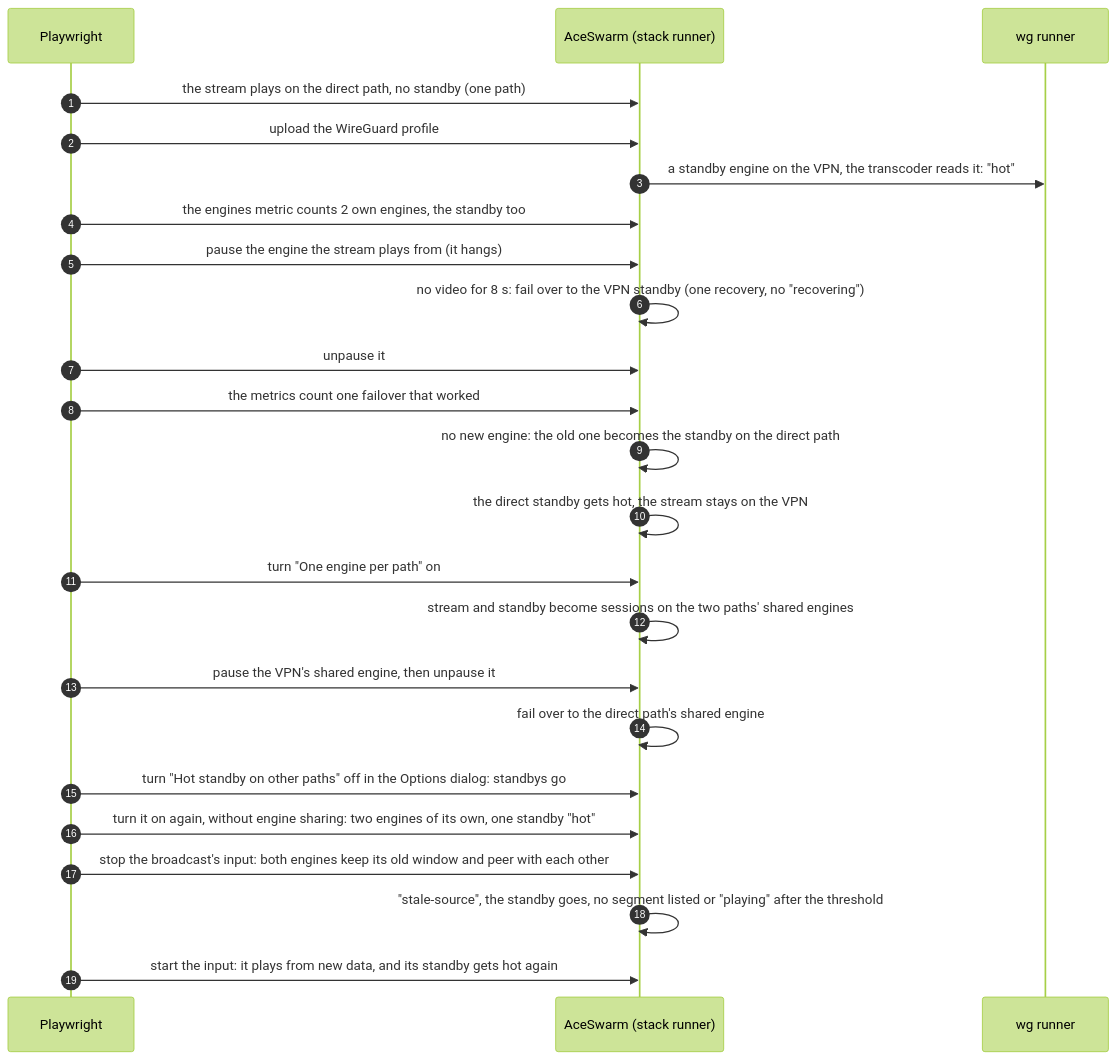
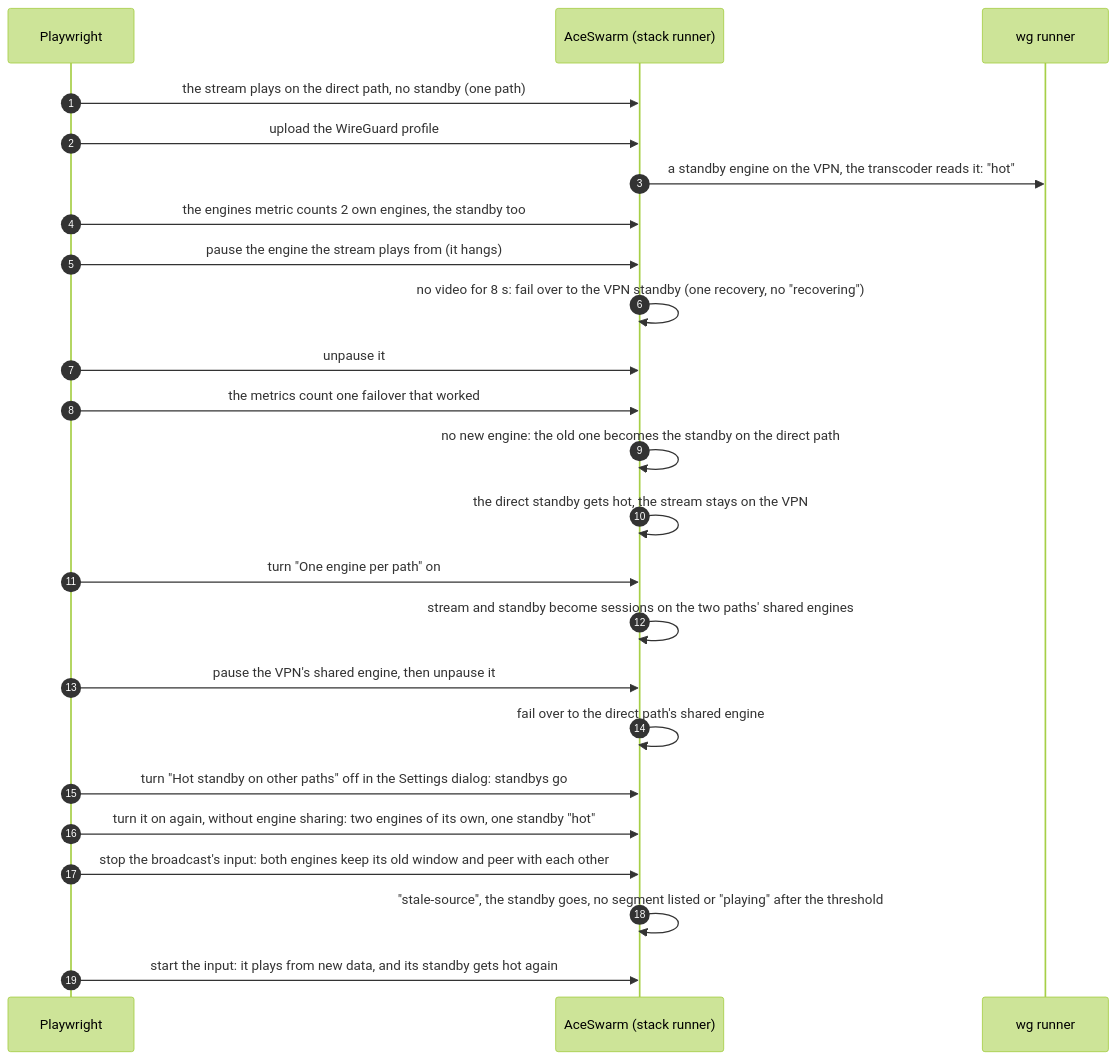
One commit to sergimn/AceSwarm changed diagram 13 of 14 in e2e/README.md. Above: the diagram before and after it, drawn with Mermaid (forest theme). The commit also changed other lines of this file and 8 other files, not shown here.

First line of the commit message:
Name the rail button and its dialog Settings instead of Options

````diff
--- a/e2e/README.md
+++ b/e2e/README.md
@@ -357,26 +357,26 @@
 ```mermaid
 sequenceDiagram
   autonumber
   participant T as Playwright
   participant AS as AceSwarm (stack runner)
   participant WG as wg runner
   T->>AS: the stream plays on the direct path, no standby (one path)
   T->>AS: upload the WireGuard profile
   AS->>WG: a standby engine on the VPN, the transcoder reads it: "hot"
   T->>AS: the engines metric counts 2 own engines, the standby too
   T->>AS: pause the engine the stream plays from (it hangs)
   AS->>AS: no video for 8 s: fail over to the VPN standby (one recovery, no "recovering")
   T->>AS: unpause it
   T->>AS: the metrics count one failover that worked
   AS->>AS: no new engine: the old one becomes the standby on the direct path
   AS->>AS: the direct standby gets hot, the stream stays on the VPN
   T->>AS: turn "One engine per path" on
   AS->>AS: stream and standby become sessions on the two paths' shared engines
   T->>AS: pause the VPN's shared engine, then unpause it
   AS->>AS: fail over to the direct path's shared engine
-  T->>AS: turn "Hot standby on other paths" off in the Options dialog: standbys go
+  T->>AS: turn "Hot standby on other paths" off in the Settings dialog: standbys go
   T->>AS: turn it on again, without engine sharing: two engines of its own, one standby "hot"
   T->>AS: stop the broadcast's input: both engines keep its old window and peer with each other
   AS->>AS: "stale-source", the standby goes, no segment listed or "playing" after the threshold
   T->>AS: start the input: it plays from new data, and its standby gets hot again
 ```
````
